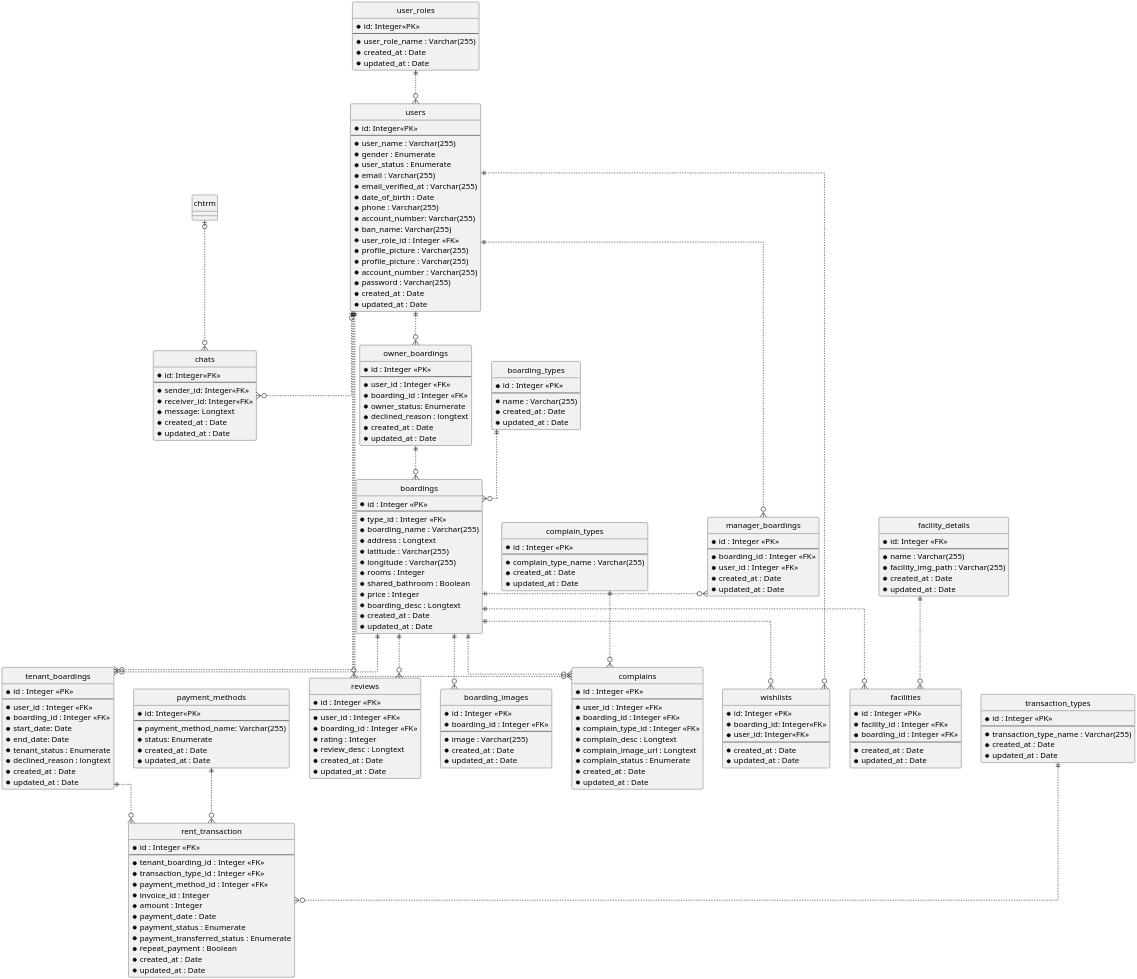
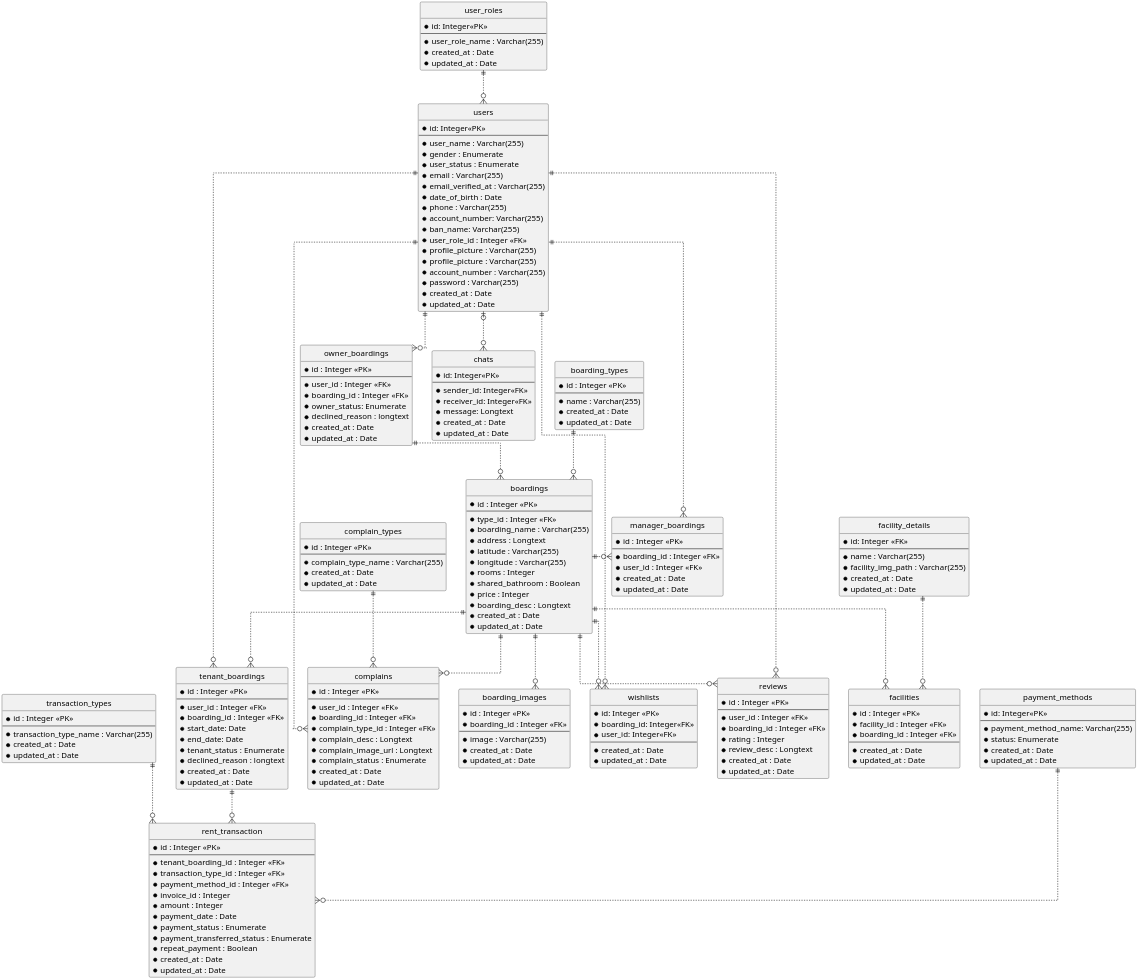
One commit to AntWort21/BHFMS changed the diagram in Design/BHFMS_ERD.puml. Above: the diagram before and after it, drawn with PlantUML. The commit also changed other lines of this file and 5 other files, not shown here.

First line of the commit message:
Fixing EditProfile, fixing ERD + Use Case Diagram (#143)

```diff
--- a/Design/BHFMS_ERD.puml
+++ b/Design/BHFMS_ERD.puml
@@ -222,7 +222,6 @@
 
 usr ||..o{ mabh
 bh ||.o{ mabh
-' lobh ||..|| mabh
 
 usr ||..o{ rvw
 bh ||..o{ rvw
@@ -238,6 +237,5 @@
 bh ||..o{ fr
 
 usr |o..o{ cht
-chtrm |o..o{ cht
 
 @enduml
```
